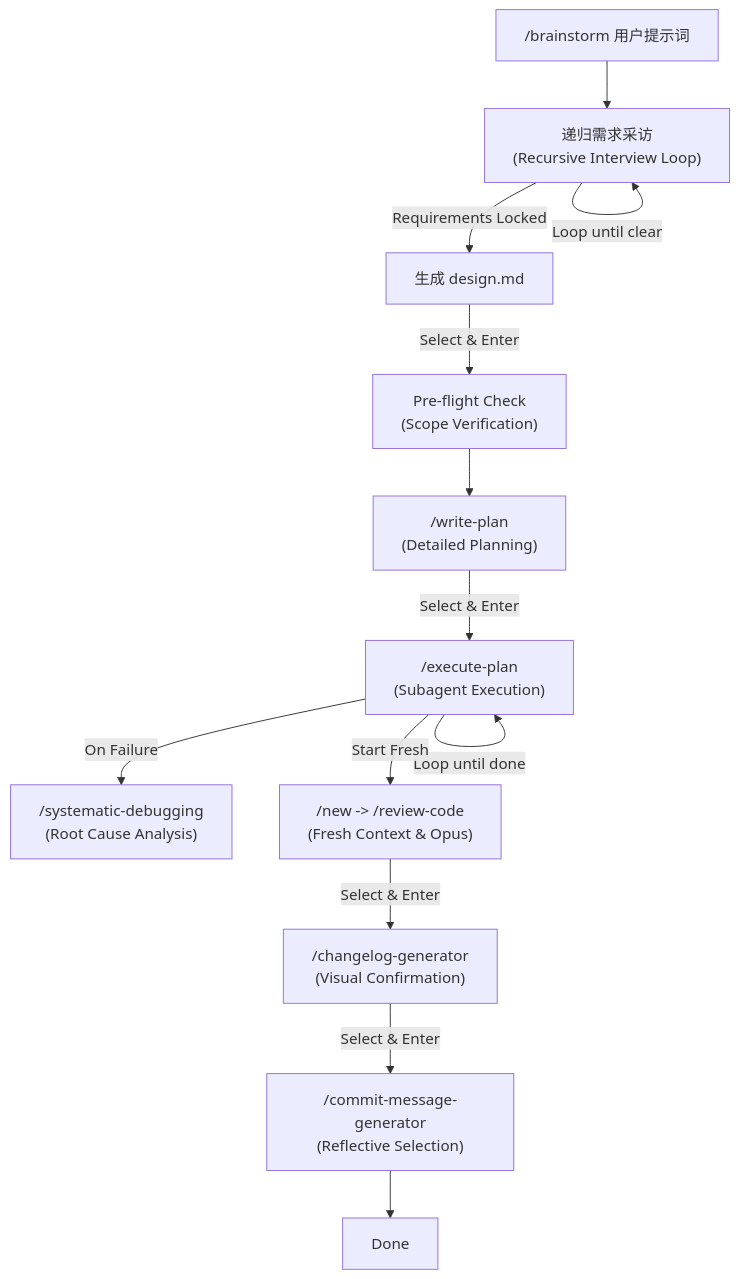
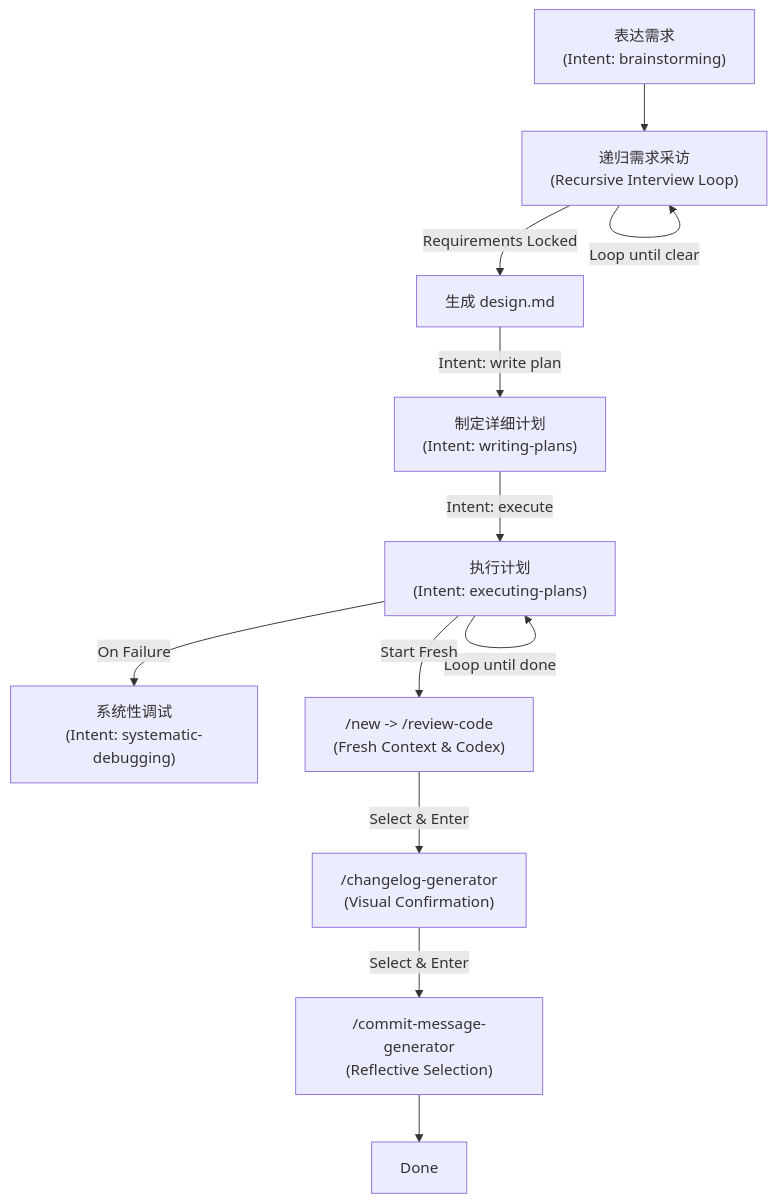
One commit to zzpwestlife/learn-claude-code changed the diagram in README.md. Above: the diagram before and after it, drawn with Mermaid. The commit also changed other lines of this file and 18 other files, not shown here.

Commit message:
范式迁移: 命令驱动改为意图驱动

````diff
--- a/README.md
+++ b/README.md
@@ -79,15 +69,14 @@
 ```mermaid
 graph TD
-    Start["/brainstorm 用户提示词"] --> Interview["递归需求采访<br/>(Recursive Interview Loop)"]
+    Start["表达需求<br/>(Intent: brainstorming)"] --> Interview["递归需求采访<br/>(Recursive Interview Loop)"]
     Interview -->|Loop until clear| Interview
     Interview -->|Requirements Locked| Optimize["生成 design.md"]
-    Optimize -->|Select & Enter| PreFlight["Pre-flight Check<br/>(Scope Verification)"]
-    PreFlight --> Plan["/write-plan<br/>(Detailed Planning)"]
-    Plan -->|Select & Enter| Execute["/execute-plan<br/>(Subagent Execution)"]
+    Optimize -->|Intent: write plan| Plan["制定详细计划<br/>(Intent: writing-plans)"]
+    Plan -->|Intent: execute| Execute["执行计划<br/>(Intent: executing-plans)"]
     Execute -->|Loop until done| Execute
-    Execute -->|On Failure| Debug["/systematic-debugging<br/>(Root Cause Analysis)"]
-    Execute -->|Start Fresh| Review["/new -> /review-code<br/>(Fresh Context & Opus)"]
+    Execute -->|On Failure| Debug["系统性调试<br/>(Intent: systematic-debugging)"]
+    Execute -->|Start Fresh| Review["/new -> /review-code<br/>(Fresh Context & Codex)"]
     Review -->|Select & Enter| Changelog["/changelog-generator<br/>(Visual Confirmation)"]
     Changelog -->|Select & Enter| Commit["/commit-message-generator<br/>(Reflective Selection)"]
     Commit --> Finish[Done]
 ```
````
